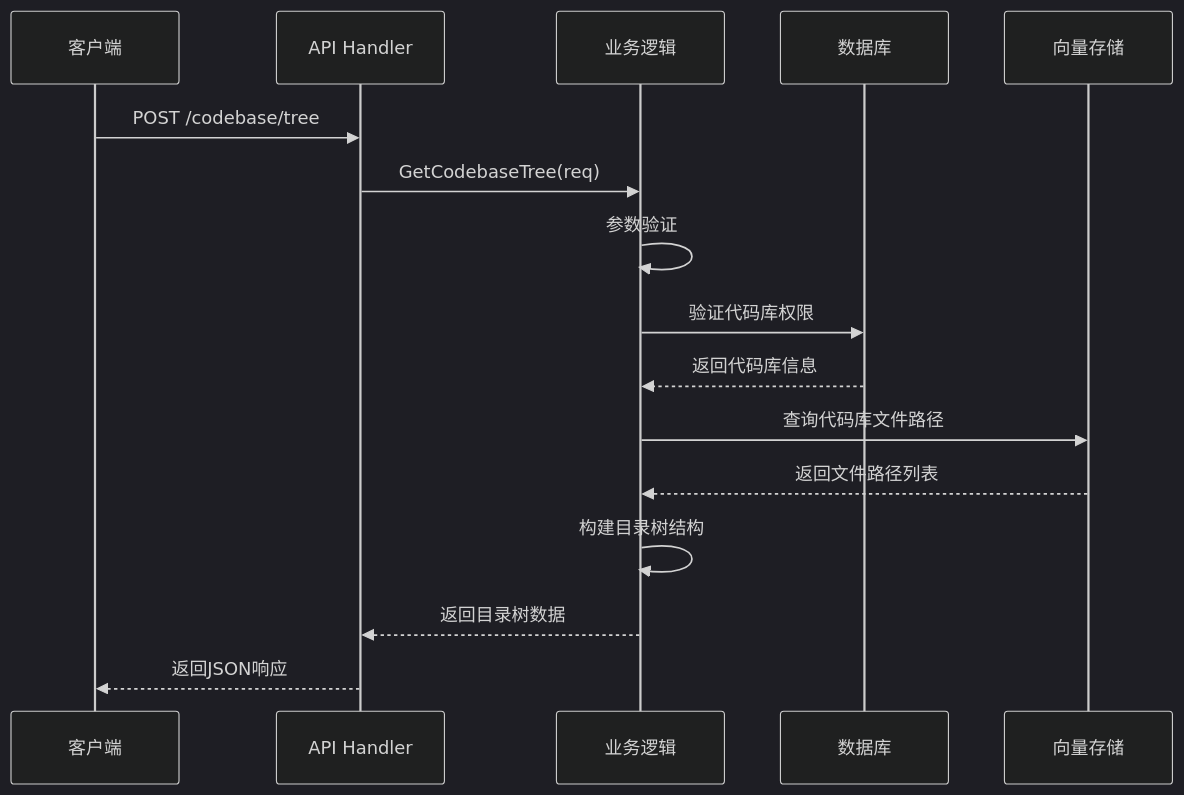
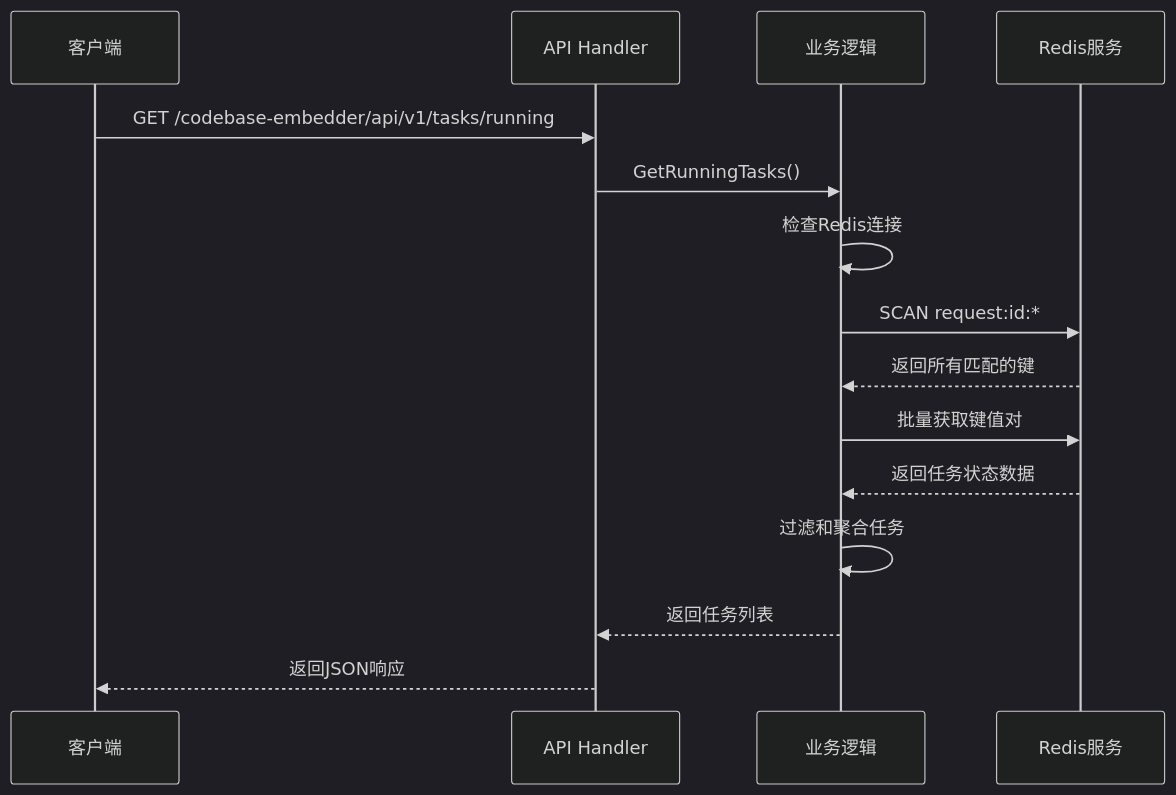
Before and after one commit to zgsm-ai/codebase-embedder: the second of 2 diagrams in docs/technical.md, drawn with Mermaid (dark theme). The commit also changed other lines of this file and 7 other files, not shown here.

Commit message:
add running status api

````diff
--- a/docs/technical.md
+++ b/docs/technical.md
@@ -46,19 +44,18 @@
 ```mermaid
 sequenceDiagram
     participant Client as 客户端
     participant API as API Handler
     participant Logic as 业务逻辑
-    participant DB as 数据库
-    participant Vector as 向量存储
+    participant Redis as Redis服务
     
-    Client->>API: POST /codebase/tree
-    API->>Logic: GetCodebaseTree(req)
-    Logic->>Logic: 参数验证
-    Logic->>DB: 验证代码库权限
-    DB-->>Logic: 返回代码库信息
-    Logic->>Vector: 查询代码库文件路径
-    Vector-->>Logic: 返回文件路径列表
-    Logic->>Logic: 构建目录树结构
-    Logic-->>API: 返回目录树数据
+    Client->>API: GET /codebase-embedder/api/v1/tasks/running
+    API->>Logic: GetRunningTasks()
+    Logic->>Logic: 检查Redis连接
+    Logic->>Redis: SCAN request:id:*
+    Redis-->>Logic: 返回所有匹配的键
+    Logic->>Redis: 批量获取键值对
+    Redis-->>Logic: 返回任务状态数据
+    Logic->>Logic: 过滤和聚合任务
+    Logic-->>API: 返回任务列表
     API-->>Client: 返回JSON响应
 ```
````
